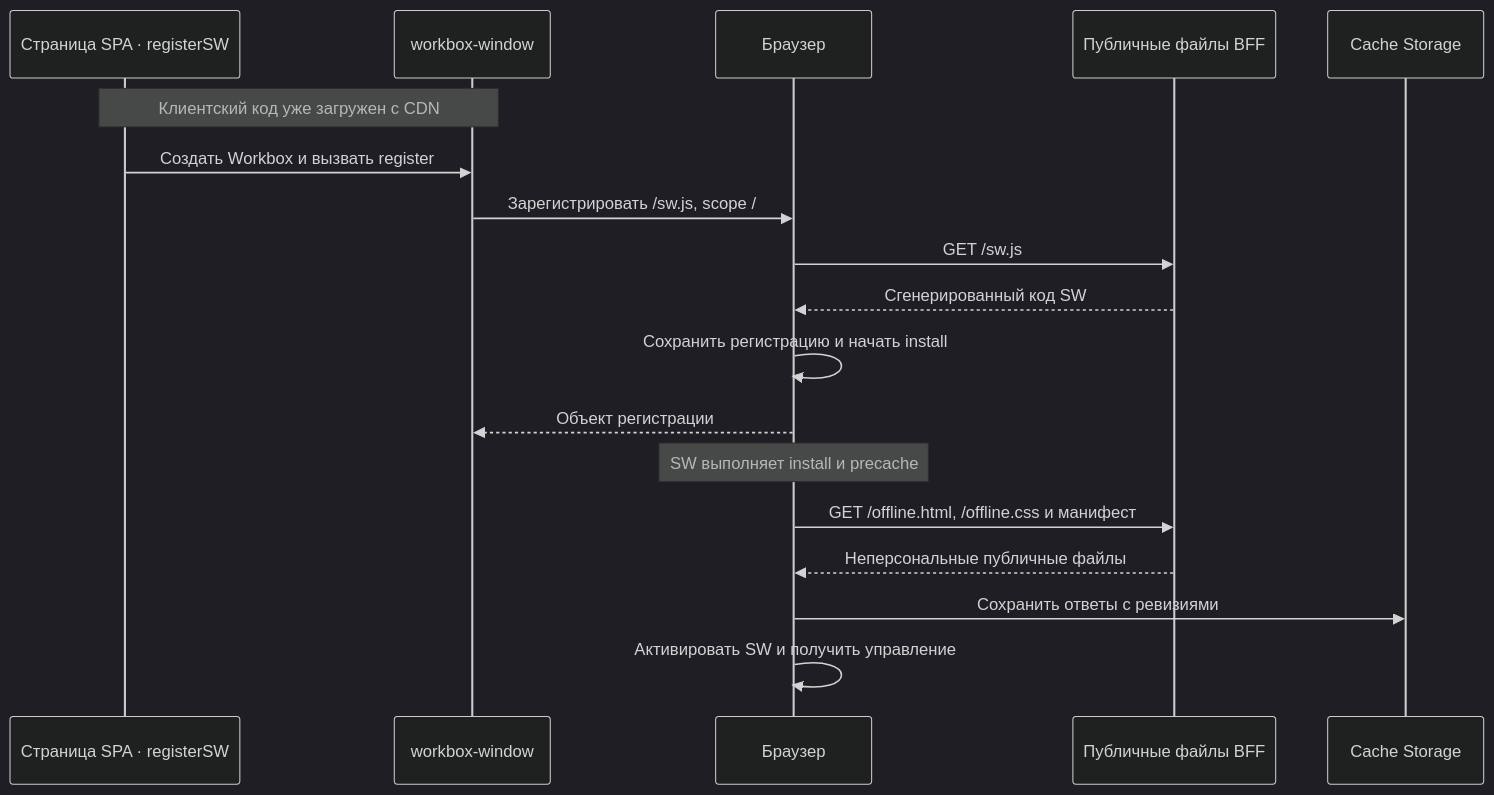
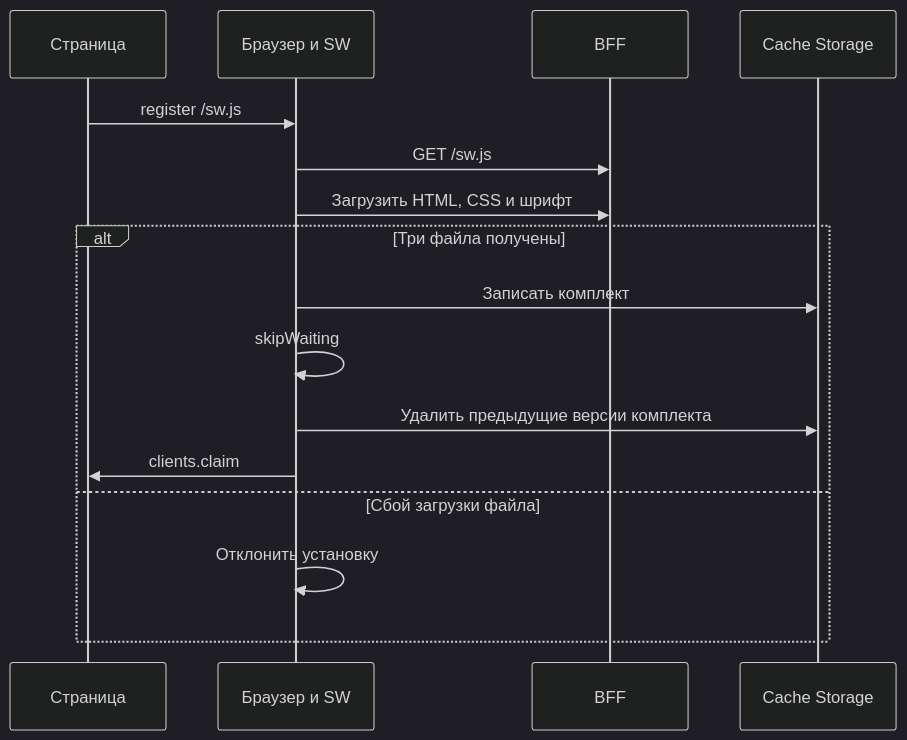
One commit to Cringe-Driven-Development-Team/docs changed the diagram in site/documentation/offline/build-and-registration.md. Above: the diagram before and after it, drawn with Mermaid (dark theme). The commit also changed other lines of this file and 4 other files, not shown here.

````diff
--- a/site/documentation/offline/build-and-registration.md
+++ b/site/documentation/offline/build-and-registration.md
@@ -197,21 +39,18 @@
 ```mermaid
-%% Sequence: регистрация и последующий install/precache — отдельные стадии.
 sequenceDiagram
-  participant Page as Страница SPA · registerSW
-  participant Helper as workbox-window
-  participant Browser as Браузер
-  participant Public as Публичные файлы BFF
-  participant Cache as Cache Storage
-  Note over Page,Helper: Клиентский код уже загружен с CDN
-  Page->>Helper: Создать Workbox и вызвать register
-  Helper->>Browser: Зарегистрировать /sw.js, scope /
-  Browser->>Public: GET /sw.js
-  Public-->>Browser: Сгенерированный код SW
-  Browser->>Browser: Сохранить регистрацию и начать install
-  Browser-->>Helper: Объект регистрации
-  Note over Browser: SW выполняет install и precache
-  Browser->>Public: GET /offline.html, /offline.css и манифест
-  Public-->>Browser: Неперсональные публичные файлы
-  Browser->>Cache: Сохранить ответы с ревизиями
-  Browser->>Browser: Активировать SW и получить управление
+  participant S as Страница
+  participant W as Браузер и SW
+  participant B as BFF
+  participant C as Cache Storage
+  S->>W: register /sw.js
+  W->>B: GET /sw.js
+  W->>B: Загрузить HTML, CSS и шрифт
+  alt Три файла получены
+    W->>C: Записать комплект
+    W->>W: skipWaiting
+    W->>C: Удалить предыдущие версии комплекта
+    W->>S: clients.claim
+  else Сбой загрузки файла
+    W->>W: Отклонить установку
+  end
 ```
````
